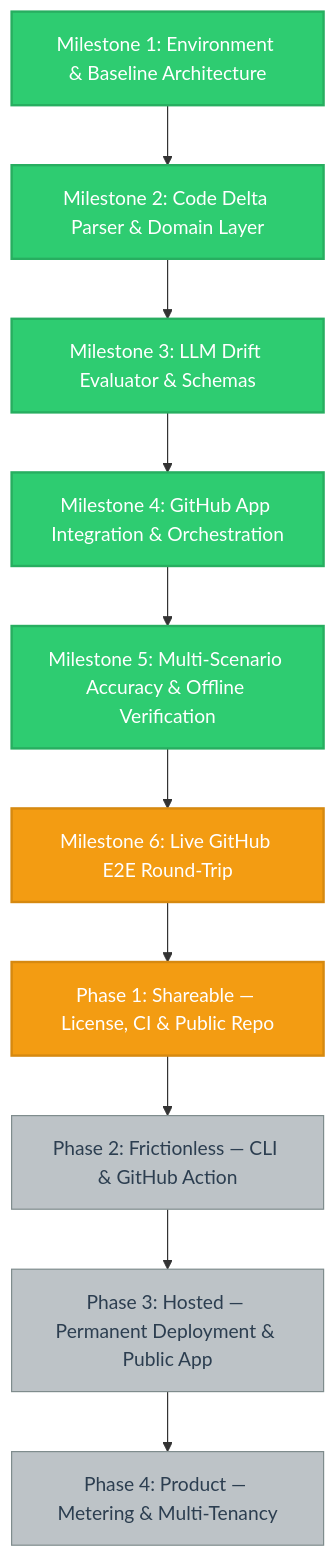
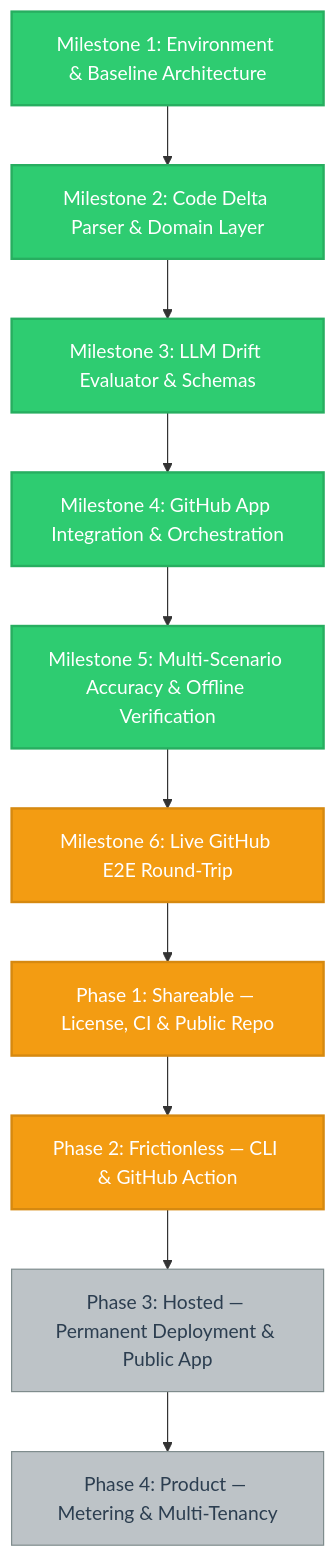
The diagram in PROGRESS.md (kaamipresents/readme-realist), drawn with Mermaid before and after one commit. The commit also changed other lines of this file and 14 other files, not shown here.

````diff
--- a/PROGRESS.md
+++ b/PROGRESS.md
@@ -3,45 +3,45 @@
 ```mermaid
 graph TD
     %% Workflow Architecture
     M1[Milestone 1: Environment & Baseline Architecture]
     M2[Milestone 2: Code Delta Parser & Domain Layer]
     M3[Milestone 3: LLM Drift Evaluator & Schemas]
     M4[Milestone 4: GitHub App Integration & Orchestration]
     M5[Milestone 5: Multi-Scenario Accuracy & Offline Verification]
     M6[Milestone 6: Live GitHub E2E Round-Trip]
 
     %% Distribution Track
     P1[Phase 1: Shareable — License, CI & Public Repo]
     P2[Phase 2: Frictionless — CLI & GitHub Action]
     P3[Phase 3: Hosted — Permanent Deployment & Public App]
     P4[Phase 4: Product — Metering & Multi-Tenancy]
 
     %% Dependencies
     M1 --> M2
     M2 --> M3
     M3 --> M4
     M4 --> M5
     M5 --> M6
     M6 --> P1
     P1 --> P2
     P2 --> P3
     P3 --> P4
 
     %% Style Classes
     classDef done fill:#2ecc71,stroke:#27ae60,stroke-width:2px,color:#ffffff;
     classDef active fill:#f39c12,stroke:#d68910,stroke-width:2px,color:#ffffff;
     classDef blocked fill:#e74c3c,stroke:#c0392b,stroke-width:2px,color:#ffffff;
     classDef todo fill:#bdc3c7,stroke:#7f8c8d,stroke-width:1px,color:#2c3e50;
 
     %% Dynamic Node State Assignments
     class M1 done;
     class M2 done;
     class M3 done;
     class M4 done;
     class M5 done;
     class M6 active;
     class P1 active;
-    class P2 todo;
+    class P2 active;
     class P3 todo;
     class P4 todo;
 ```
````
